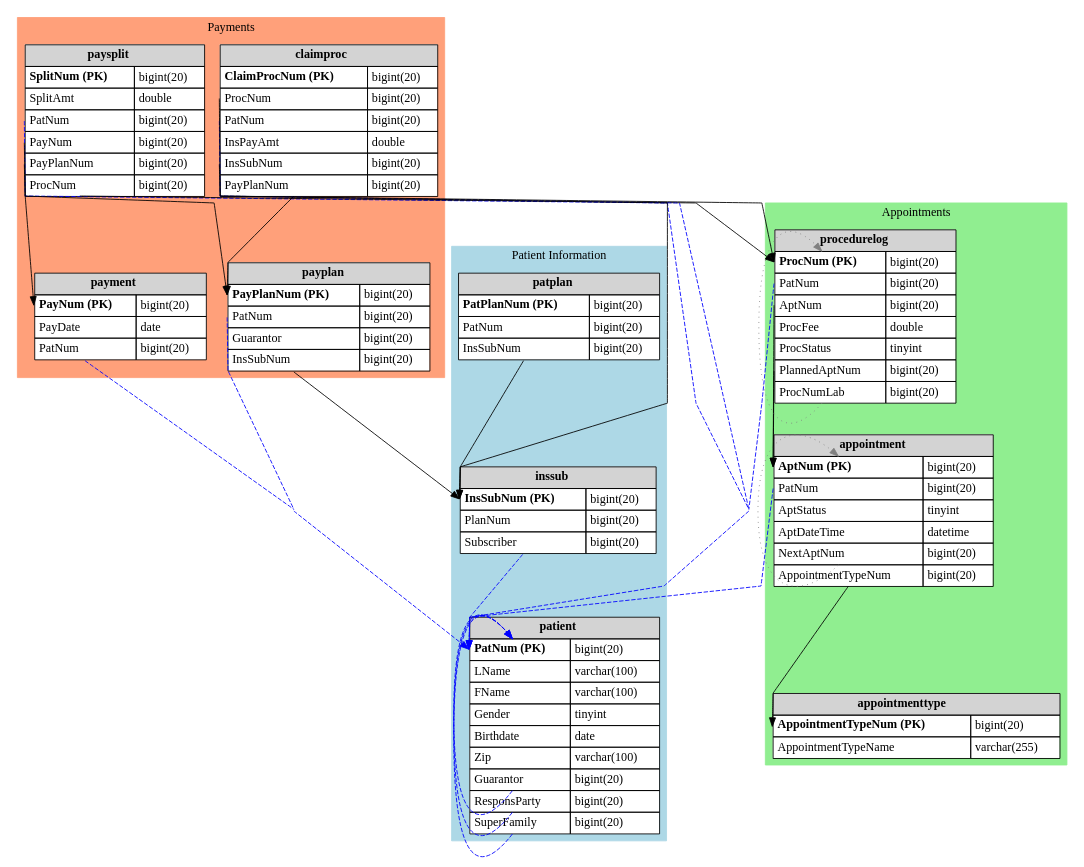
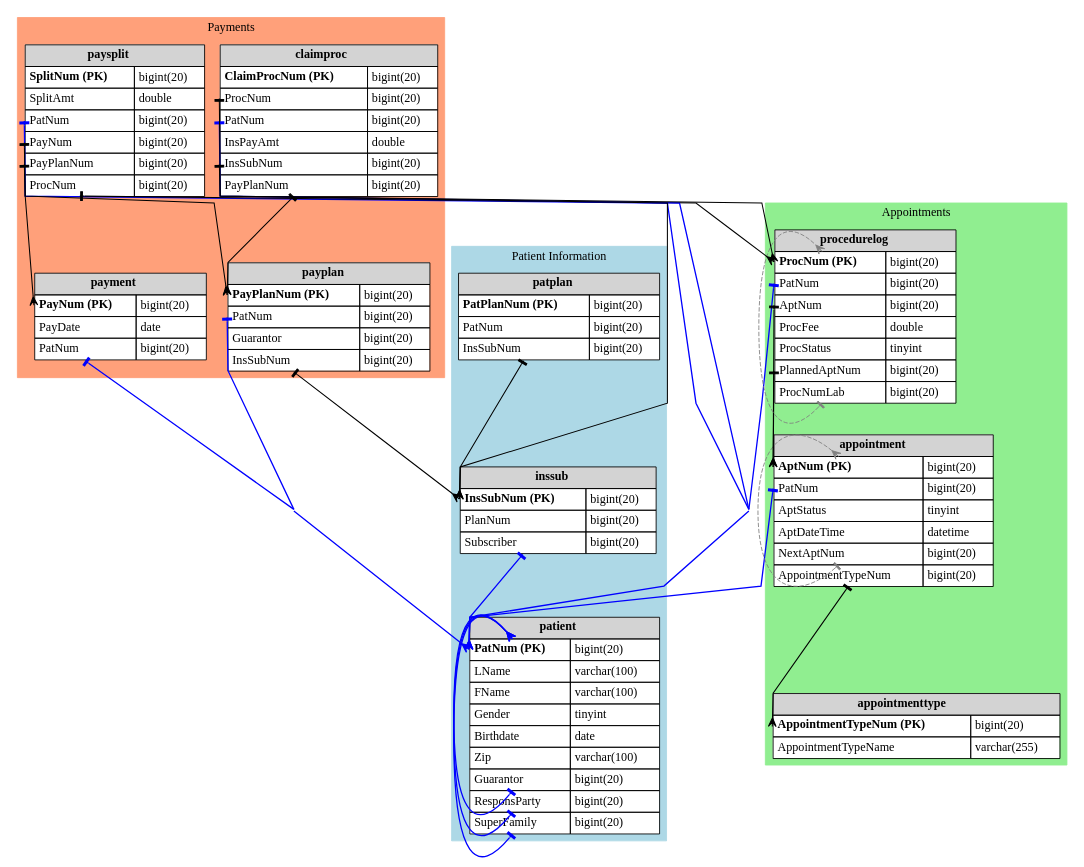
Before and after one commit to Jiang-Li/OpenDentalData: the diagram in docs/database_erd.dot, drawn with Graphviz. The commit also changed 2 other files, not shown here.

Commit message:
Fix FK-PK relationships: - Improve foreign key detection - Ensure FKs point to PKs - Add proper crow's foot notation

```diff
--- a/docs/database_erd.dot
+++ b/docs/database_erd.dot
@@ -1,62 +1,64 @@
 digraph G {
   rankdir="TB";
   node [shape=none, margin=0];
-  edge [fontsize=9, len=1.5];
+  edge [fontsize=9, len=1.2];
   splines=polyline;
   concentrate=true;
+  edge [dir=both];
+  edge [arrowhead=none, arrowtail=none];
   subgraph cluster_patient {
     style="filled";
     color=lightblue;
     label="Patient Information";
     node [style=filled, fillcolor=white];
     patient; patplan; inssub;
   }
   subgraph cluster_appointments {
     style="filled";
     color=lightgreen;
     label="Appointments";
     node [style=filled, fillcolor=white];
     appointment; appointmenttype; procedurelog;
   }
   subgraph cluster_payments {
     style="filled";
     color=lightsalmon;
     label="Payments";
     node [style=filled, fillcolor=white];
     payment; paysplit; payplan; claimproc;
   }
   appointment [label=<<TABLE BORDER="0" CELLBORDER="1" CELLSPACING="0" CELLPADDING="4"> <TR><TD COLSPAN="2" BGCOLOR="lightgrey"><B>appointment</B></TD></TR> <TR><TD PORT="AptNum" ALIGN="LEFT"><B>AptNum (PK)</B></TD><TD ALIGN="LEFT">bigint(20)</TD></TR> <TR><TD PORT="PatNum" ALIGN="LEFT">PatNum</TD><TD ALIGN="LEFT">bigint(20)</TD></TR> <TR><TD PORT="AptStatus" ALIGN="LEFT">AptStatus</TD><TD ALIGN="LEFT">tinyint</TD></TR> <TR><TD PORT="AptDateTime" ALIGN="LEFT">AptDateTime</TD><TD ALIGN="LEFT">datetime</TD></TR> <TR><TD PORT="NextAptNum" ALIGN="LEFT">NextAptNum</TD><TD ALIGN="LEFT">bigint(20)</TD></TR> <TR><TD PORT="AppointmentTypeNum" ALIGN="LEFT">AppointmentTypeNum</TD><TD ALIGN="LEFT">bigint(20)</TD></TR> </TABLE>>];
   appointmenttype [label=<<TABLE BORDER="0" CELLBORDER="1" CELLSPACING="0" CELLPADDING="4"> <TR><TD COLSPAN="2" BGCOLOR="lightgrey"><B>appointmenttype</B></TD></TR> <TR><TD PORT="AppointmentTypeNum" ALIGN="LEFT"><B>AppointmentTypeNum (PK)</B></TD><TD ALIGN="LEFT">bigint(20)</TD></TR> <TR><TD PORT="AppointmentTypeName" ALIGN="LEFT">AppointmentTypeName</TD><TD ALIGN="LEFT">varchar(255)</TD></TR> </TABLE>>];
   claimproc [label=<<TABLE BORDER="0" CELLBORDER="1" CELLSPACING="0" CELLPADDING="4"> <TR><TD COLSPAN="2" BGCOLOR="lightgrey"><B>claimproc</B></TD></TR> <TR><TD PORT="ClaimProcNum" ALIGN="LEFT"><B>ClaimProcNum (PK)</B></TD><TD ALIGN="LEFT">bigint(20)</TD></TR> <TR><TD PORT="ProcNum" ALIGN="LEFT">ProcNum</TD><TD ALIGN="LEFT">bigint(20)</TD></TR> <TR><TD PORT="PatNum" ALIGN="LEFT">PatNum</TD><TD ALIGN="LEFT">bigint(20)</TD></TR> <TR><TD PORT="InsPayAmt" ALIGN="LEFT">InsPayAmt</TD><TD ALIGN="LEFT">double</TD></TR> <TR><TD PORT="InsSubNum" ALIGN="LEFT">InsSubNum</TD><TD ALIGN="LEFT">bigint(20)</TD></TR> <TR><TD PORT="PayPlanNum" ALIGN="LEFT">PayPlanNum</TD><TD ALIGN="LEFT">bigint(20)</TD></TR> </TABLE>>];
   inssub [label=<<TABLE BORDER="0" CELLBORDER="1" CELLSPACING="0" CELLPADDING="4"> <TR><TD COLSPAN="2" BGCOLOR="lightgrey"><B>inssub</B></TD></TR> <TR><TD PORT="InsSubNum" ALIGN="LEFT"><B>InsSubNum (PK)</B></TD><TD ALIGN="LEFT">bigint(20)</TD></TR> <TR><TD PORT="PlanNum" ALIGN="LEFT">PlanNum</TD><TD ALIGN="LEFT">bigint(20)</TD></TR> <TR><TD PORT="Subscriber" ALIGN="LEFT">Subscriber</TD><TD ALIGN="LEFT">bigint(20)</TD></TR> </TABLE>>];
   patient [label=<<TABLE BORDER="0" CELLBORDER="1" CELLSPACING="0" CELLPADDING="4"> <TR><TD COLSPAN="2" BGCOLOR="lightgrey"><B>patient</B></TD></TR> <TR><TD PORT="PatNum" ALIGN="LEFT"><B>PatNum (PK)</B></TD><TD ALIGN="LEFT">bigint(20)</TD></TR> <TR><TD PORT="LName" ALIGN="LEFT">LName</TD><TD ALIGN="LEFT">varchar(100)</TD></TR> <TR><TD PORT="FName" ALIGN="LEFT">FName</TD><TD ALIGN="LEFT">varchar(100)</TD></TR> <TR><TD PORT="Gender" ALIGN="LEFT">Gender</TD><TD ALIGN="LEFT">tinyint</TD></TR> <TR><TD PORT="Birthdate" ALIGN="LEFT">Birthdate</TD><TD ALIGN="LEFT">date</TD></TR> <TR><TD PORT="Zip" ALIGN="LEFT">Zip</TD><TD ALIGN="LEFT">varchar(100)</TD></TR> <TR><TD PORT="Guarantor" ALIGN="LEFT">Guarantor</TD><TD ALIGN="LEFT">bigint(20)</TD></TR> <TR><TD PORT="ResponsParty" ALIGN="LEFT">ResponsParty</TD><TD ALIGN="LEFT">bigint(20)</TD></TR> <TR><TD PORT="SuperFamily" ALIGN="LEFT">SuperFamily</TD><TD ALIGN="LEFT">bigint(20)</TD></TR> </TABLE>>];
   patplan [label=<<TABLE BORDER="0" CELLBORDER="1" CELLSPACING="0" CELLPADDING="4"> <TR><TD COLSPAN="2" BGCOLOR="lightgrey"><B>patplan</B></TD></TR> <TR><TD PORT="PatPlanNum" ALIGN="LEFT"><B>PatPlanNum (PK)</B></TD><TD ALIGN="LEFT">bigint(20)</TD></TR> <TR><TD PORT="PatNum" ALIGN="LEFT">PatNum</TD><TD ALIGN="LEFT">bigint(20)</TD></TR> <TR><TD PORT="InsSubNum" ALIGN="LEFT">InsSubNum</TD><TD ALIGN="LEFT">bigint(20)</TD></TR> </TABLE>>];
   payment [label=<<TABLE BORDER="0" CELLBORDER="1" CELLSPACING="0" CELLPADDING="4"> <TR><TD COLSPAN="2" BGCOLOR="lightgrey"><B>payment</B></TD></TR> <TR><TD PORT="PayNum" ALIGN="LEFT"><B>PayNum (PK)</B></TD><TD ALIGN="LEFT">bigint(20)</TD></TR> <TR><TD PORT="PayDate" ALIGN="LEFT">PayDate</TD><TD ALIGN="LEFT">date</TD></TR> <TR><TD PORT="PatNum" ALIGN="LEFT">PatNum</TD><TD ALIGN="LEFT">bigint(20)</TD></TR> </TABLE>>];
   payplan [label=<<TABLE BORDER="0" CELLBORDER="1" CELLSPACING="0" CELLPADDING="4"> <TR><TD COLSPAN="2" BGCOLOR="lightgrey"><B>payplan</B></TD></TR> <TR><TD PORT="PayPlanNum" ALIGN="LEFT"><B>PayPlanNum (PK)</B></TD><TD ALIGN="LEFT">bigint(20)</TD></TR> <TR><TD PORT="PatNum" ALIGN="LEFT">PatNum</TD><TD ALIGN="LEFT">bigint(20)</TD></TR> <TR><TD PORT="Guarantor" ALIGN="LEFT">Guarantor</TD><TD ALIGN="LEFT">bigint(20)</TD></TR> <TR><TD PORT="InsSubNum" ALIGN="LEFT">InsSubNum</TD><TD ALIGN="LEFT">bigint(20)</TD></TR> </TABLE>>];
   paysplit [label=<<TABLE BORDER="0" CELLBORDER="1" CELLSPACING="0" CELLPADDING="4"> <TR><TD COLSPAN="2" BGCOLOR="lightgrey"><B>paysplit</B></TD></TR> <TR><TD PORT="SplitNum" ALIGN="LEFT"><B>SplitNum (PK)</B></TD><TD ALIGN="LEFT">bigint(20)</TD></TR> <TR><TD PORT="SplitAmt" ALIGN="LEFT">SplitAmt</TD><TD ALIGN="LEFT">double</TD></TR> <TR><TD PORT="PatNum" ALIGN="LEFT">PatNum</TD><TD ALIGN="LEFT">bigint(20)</TD></TR> <TR><TD PORT="PayNum" ALIGN="LEFT">PayNum</TD><TD ALIGN="LEFT">bigint(20)</TD></TR> <TR><TD PORT="PayPlanNum" ALIGN="LEFT">PayPlanNum</TD><TD ALIGN="LEFT">bigint(20)</TD></TR> <TR><TD PORT="ProcNum" ALIGN="LEFT">ProcNum</TD><TD ALIGN="LEFT">bigint(20)</TD></TR> </TABLE>>];
   procedurelog [label=<<TABLE BORDER="0" CELLBORDER="1" CELLSPACING="0" CELLPADDING="4"> <TR><TD COLSPAN="2" BGCOLOR="lightgrey"><B>procedurelog</B></TD></TR> <TR><TD PORT="ProcNum" ALIGN="LEFT"><B>ProcNum (PK)</B></TD><TD ALIGN="LEFT">bigint(20)</TD></TR> <TR><TD PORT="PatNum" ALIGN="LEFT">PatNum</TD><TD ALIGN="LEFT">bigint(20)</TD></TR> <TR><TD PORT="AptNum" ALIGN="LEFT">AptNum</TD><TD ALIGN="LEFT">bigint(20)</TD></TR> <TR><TD PORT="ProcFee" ALIGN="LEFT">ProcFee</TD><TD ALIGN="LEFT">double</TD></TR> <TR><TD PORT="ProcStatus" ALIGN="LEFT">ProcStatus</TD><TD ALIGN="LEFT">tinyint</TD></TR> <TR><TD PORT="PlannedAptNum" ALIGN="LEFT">PlannedAptNum</TD><TD ALIGN="LEFT">bigint(20)</TD></TR> <TR><TD PORT="ProcNumLab" ALIGN="LEFT">ProcNumLab</TD><TD ALIGN="LEFT">bigint(20)</TD></TR> </TABLE>>];
-  appointment:PatNum -> patient:PatNum [color=blue, style=dashed];
-  appointment:NextAptNum -> appointment:AptNum [color=gray, style=dotted];
-  appointment:AppointmentTypeNum -> appointmenttype:AppointmentTypeNum [color=black];
-  claimproc:ProcNum -> procedurelog:ProcNum [color=black];
-  claimproc:PatNum -> patient:PatNum [color=blue, style=dashed];
-  claimproc:InsSubNum -> inssub:InsSubNum [color=black];
-  claimproc:PayPlanNum -> payplan:PayPlanNum [color=black];
-  inssub:Subscriber -> patient:PatNum [color=blue, style=dashed];
-  patient:Guarantor -> patient:PatNum [color=blue, style=dashed];
-  patient:ResponsParty -> patient:PatNum [color=blue, style=dashed];
-  patient:SuperFamily -> patient:PatNum [color=blue, style=dashed];
-  patplan:InsSubNum -> inssub:InsSubNum [color=black];
-  payment:PatNum -> patient:PatNum [color=blue, style=dashed];
-  payplan:PatNum -> patient:PatNum [color=blue, style=dashed];
-  payplan:Guarantor -> patient:PatNum [color=blue, style=dashed];
-  payplan:InsSubNum -> inssub:InsSubNum [color=black];
-  paysplit:PatNum -> patient:PatNum [color=blue, style=dashed];
-  paysplit:PayNum -> payment:PayNum [color=black];
-  paysplit:PayPlanNum -> payplan:PayPlanNum [color=black];
-  paysplit:ProcNum -> procedurelog:ProcNum [color=black];
-  procedurelog:PatNum -> patient:PatNum [color=blue, style=dashed];
-  procedurelog:AptNum -> appointment:AptNum [color=black];
-  procedurelog:PlannedAptNum -> appointment:AptNum [color=black];
-  procedurelog:ProcNumLab -> procedurelog:ProcNum [color=gray, style=dotted];
+  appointment:PatNum -> patient:PatNum [color=blue, penwidth=1.5, arrowhead="crow", arrowtail="tee"];
+  appointment:NextAptNum -> appointment:AptNum [color=gray, style=dashed, arrowhead="crow", arrowtail="tee"];
+  appointment:AppointmentTypeNum -> appointmenttype:AppointmentTypeNum [color=black, penwidth=1.2, arrowhead="crow", arrowtail="tee"];
+  claimproc:ProcNum -> procedurelog:ProcNum [color=black, penwidth=1.2, arrowhead="crow", arrowtail="tee"];
+  claimproc:PatNum -> patient:PatNum [color=blue, penwidth=1.5, arrowhead="crow", arrowtail="tee"];
+  claimproc:InsSubNum -> inssub:InsSubNum [color=black, penwidth=1.2, arrowhead="crow", arrowtail="tee"];
+  claimproc:PayPlanNum -> payplan:PayPlanNum [color=black, penwidth=1.2, arrowhead="crow", arrowtail="tee"];
+  inssub:Subscriber -> patient:PatNum [color=blue, penwidth=1.5, arrowhead="crow", arrowtail="tee"];
+  patient:Guarantor -> patient:PatNum [color=blue, penwidth=1.5, arrowhead="crow", arrowtail="tee"];
+  patient:ResponsParty -> patient:PatNum [color=blue, penwidth=1.5, arrowhead="crow", arrowtail="tee"];
+  patient:SuperFamily -> patient:PatNum [color=blue, penwidth=1.5, arrowhead="crow", arrowtail="tee"];
+  patplan:InsSubNum -> inssub:InsSubNum [color=black, penwidth=1.2, arrowhead="crow", arrowtail="tee"];
+  payment:PatNum -> patient:PatNum [color=blue, penwidth=1.5, arrowhead="crow", arrowtail="tee"];
+  payplan:PatNum -> patient:PatNum [color=blue, penwidth=1.5, arrowhead="crow", arrowtail="tee"];
+  payplan:Guarantor -> patient:PatNum [color=blue, penwidth=1.5, arrowhead="crow", arrowtail="tee"];
+  payplan:InsSubNum -> inssub:InsSubNum [color=black, penwidth=1.2, arrowhead="crow", arrowtail="tee"];
+  paysplit:PatNum -> patient:PatNum [color=blue, penwidth=1.5, arrowhead="crow", arrowtail="tee"];
+  paysplit:PayNum -> payment:PayNum [color=black, penwidth=1.2, arrowhead="crow", arrowtail="tee"];
+  paysplit:PayPlanNum -> payplan:PayPlanNum [color=black, penwidth=1.2, arrowhead="crow", arrowtail="tee"];
+  paysplit:ProcNum -> procedurelog:ProcNum [color=black, penwidth=1.2, arrowhead="crow", arrowtail="tee"];
+  procedurelog:PatNum -> patient:PatNum [color=blue, penwidth=1.5, arrowhead="crow", arrowtail="tee"];
+  procedurelog:AptNum -> appointment:AptNum [color=black, penwidth=1.2, arrowhead="crow", arrowtail="tee"];
+  procedurelog:PlannedAptNum -> appointment:AptNum [color=black, penwidth=1.2, arrowhead="crow", arrowtail="tee"];
+  procedurelog:ProcNumLab -> procedurelog:ProcNum [color=gray, style=dashed, arrowhead="crow", arrowtail="tee"];
 }
```
